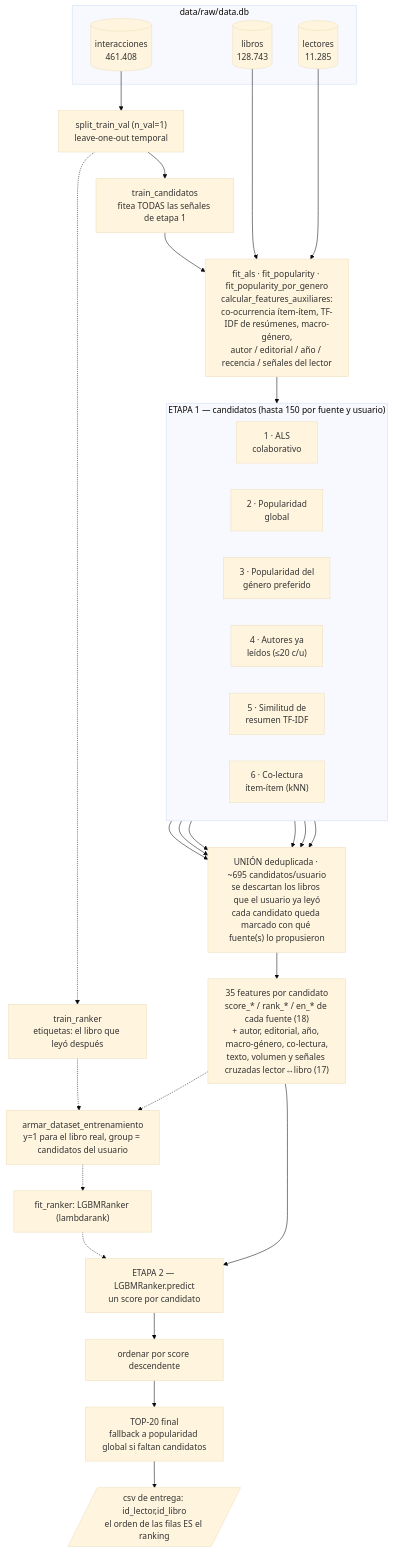
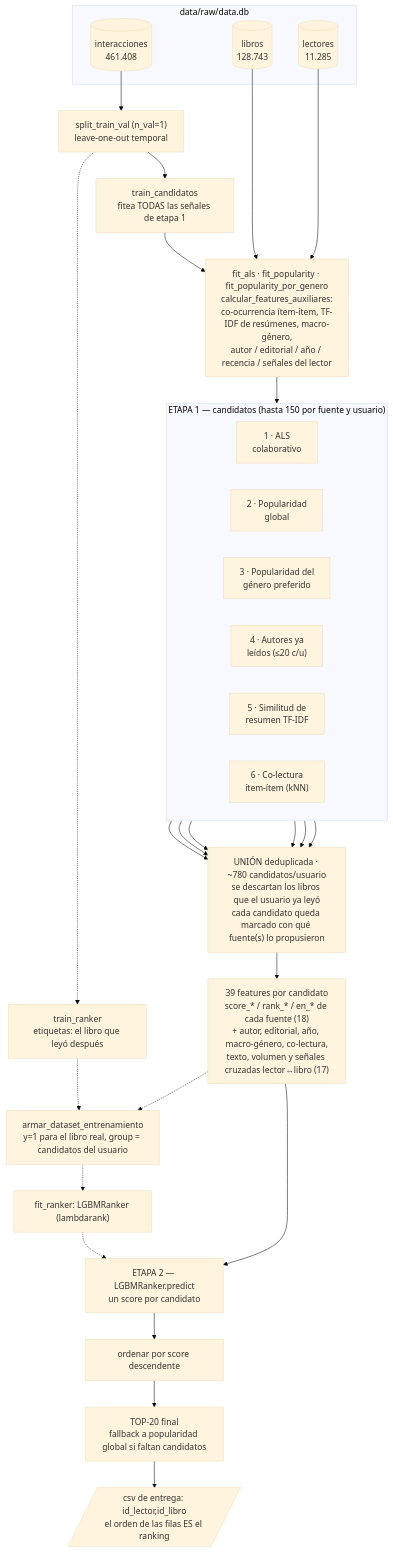
Before and after one commit to leonardoiula/recsys-libros: the diagram in experiments/estado_del_arte.md, drawn with Mermaid (base theme). The commit also changed other lines of this file and 1 other file, not shown here.

````diff
--- a/experiments/estado_del_arte.md
+++ b/experiments/estado_del_arte.md
@@ -190,48 +204,48 @@
 ```mermaid
 flowchart TD
     subgraph crudos["data/raw/data.db"]
         INT[("interacciones<br/>461.408")]
         LIB[("libros<br/>128.743")]
         LEC[("lectores<br/>11.285")]
     end
 
     INT --> SPLIT["split_train_val (n_val=1)<br/>leave-one-out temporal"]
     SPLIT --> TC["train_candidatos<br/>fitea TODAS las señales de etapa 1"]
     SPLIT -.-> TR["train_ranker<br/>etiquetas: el libro que leyó después"]
 
     TC --> FIT["fit_als · fit_popularity · fit_popularity_por_genero<br/>calcular_features_auxiliares:<br/>co-ocurrencia ítem-ítem, TF-IDF de resúmenes, macro-género,<br/>autor / editorial / año / recencia / señales del lector"]
     LIB --> FIT
     LEC --> FIT
 
     FIT --> E1
 
     subgraph E1["ETAPA 1 — candidatos (hasta 150 por fuente y usuario)"]
         direction LR
         C1["1 · ALS<br/>colaborativo"]
         C2["2 · Popularidad<br/>global"]
         C3["3 · Popularidad del<br/>género preferido"]
         C4["4 · Autores ya<br/>leídos (≤20 c/u)"]
         C5["5 · Similitud de<br/>resumen TF-IDF"]
         C6["6 · Co-lectura<br/>ítem-ítem (kNN)"]
     end
 
     C1 --> UNION
     C2 --> UNION
     C3 --> UNION
     C4 --> UNION
     C5 --> UNION
     C6 --> UNION
 
-    UNION["UNIÓN deduplicada · ~695 candidatos/usuario<br/>se descartan los libros que el usuario ya leyó<br/>cada candidato queda marcado con qué fuente(s) lo propusieron"]
-    UNION --> FEATS["35 features por candidato<br/>score_* / rank_* / en_* de cada fuente (18)<br/>+ autor, editorial, año, macro-género, co-lectura,<br/>texto, volumen y señales cruzadas lector↔libro (17)"]
+    UNION["UNIÓN deduplicada · ~780 candidatos/usuario<br/>se descartan los libros que el usuario ya leyó<br/>cada candidato queda marcado con qué fuente(s) lo propusieron"]
+    UNION --> FEATS["39 features por candidato<br/>score_* / rank_* / en_* de cada fuente (18)<br/>+ autor, editorial, año, macro-género, co-lectura,<br/>texto, volumen y señales cruzadas lector↔libro (17)"]
 
     TR -.-> DS["armar_dataset_entrenamiento<br/>y=1 para el libro real, group = candidatos del usuario"]
     FEATS -.-> DS
     DS -.-> LGBMFIT["fit_ranker: LGBMRanker (lambdarank)"]
     LGBMFIT -.-> SCORE
 
     FEATS --> SCORE["ETAPA 2 — LGBMRanker.predict<br/>un score por candidato"]
     SCORE --> ORD["ordenar por score descendente"]
     ORD --> TOP["TOP-20 final<br/>fallback a popularidad global si faltan candidatos"]
     TOP --> CSV[/"csv de entrega: id_lector,id_libro<br/>el orden de las filas ES el ranking"/]
 ```
````
